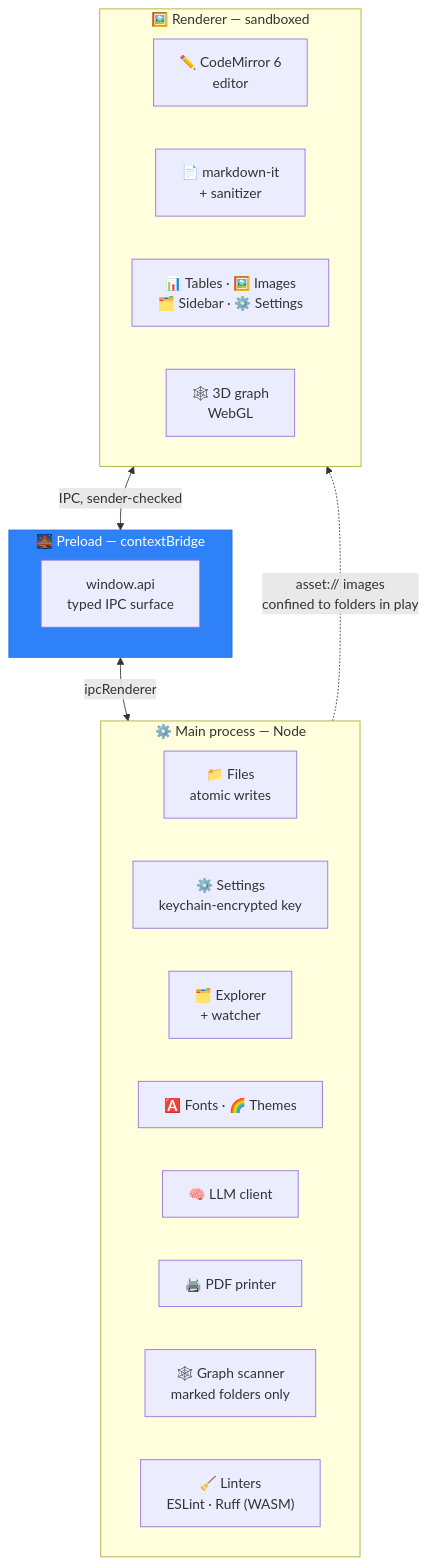
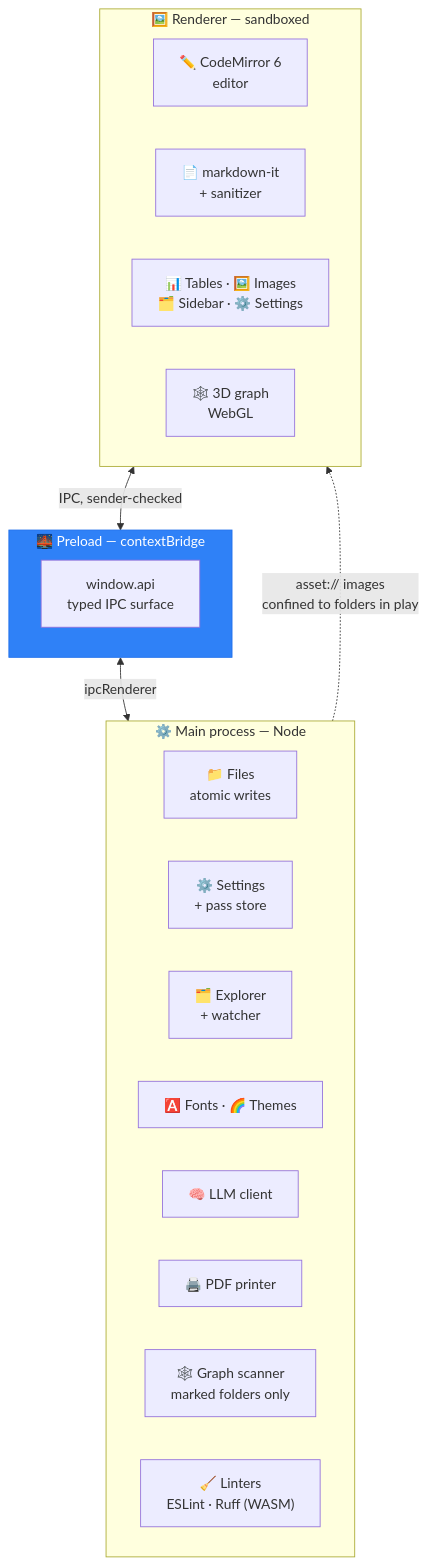
One commit to csnakke/tendril changed the seventh of 8 diagrams in README.md. Above: the diagram before and after it, drawn with Mermaid. The commit also changed other lines of this file and 30 other files, not shown here.

First line of the commit message:
Add sudo auto-paste, eye buttons for saved passwords, OpenRouter key in pass

````diff
--- a/README.md
+++ b/README.md
@@ -1081,28 +1115,28 @@
 ```mermaid
 flowchart TB
     subgraph M ["⚙️ Main process — Node"]
         direction LR
         M1["📁 Files<br/>atomic writes"]
-        M2["⚙️ Settings<br/>keychain-encrypted key"]
+        M2["⚙️ Settings<br/>+ pass store"]
         M3["🗂️ Explorer<br/>+ watcher"]
         M4["🅰️ Fonts · 🌈 Themes"]
         M5["🧠 LLM client"]
         M6["🖨️ PDF printer"]
         M7["🕸️ Graph scanner<br/>marked folders only"]
         M8["🧹 Linters<br/>ESLint · Ruff (WASM)"]
     end
     subgraph P ["🌉 Preload — contextBridge"]
         P1["window.api<br/>typed IPC surface"]
     end
     subgraph R ["🖼️ Renderer — sandboxed"]
         direction LR
         R1["✏️ CodeMirror 6<br/>editor"]
         R2["📄 markdown-it<br/>+ sanitizer"]
         R3["📊 Tables · 🖼️ Images<br/>🗂️ Sidebar · ⚙️ Settings"]
         R4["🕸️ 3D graph<br/>WebGL"]
     end
     R <-->|"IPC, sender-checked"| P
     P <-->|"ipcRenderer"| M
     M -.->|"asset:// images<br/>confined to folders in play"| R
     style P fill:#2f81f7,stroke:#1f6feb,color:#fff
 ```
````
